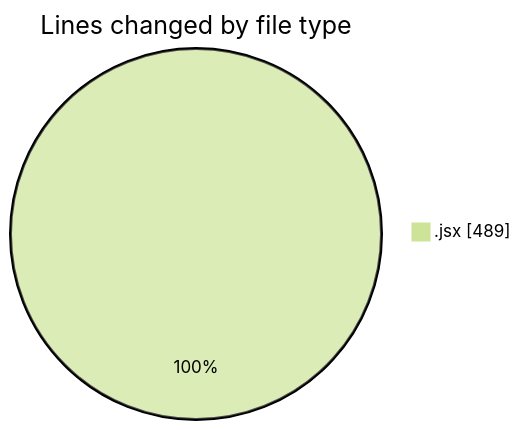
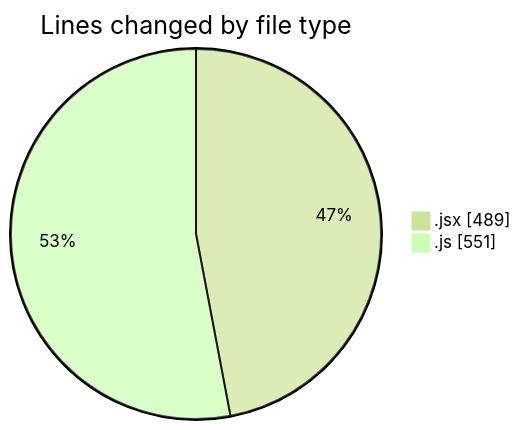
The first of 2 diagrams in 2025-07-25/nxtqube_webapp/README.md (nxtqubesakshisongat/code-tracking), drawn with Mermaid (forest theme) before and after one commit. The commit also changed other lines of this file and 1 other file, not shown here.

````diff
--- a/2025-07-25/nxtqube_webapp/README.md
+++ b/2025-07-25/nxtqube_webapp/README.md
@@ -20,5 +21,6 @@
 ```mermaid
 pie showData
 title Lines changed by file type
 ".jsx" : 489
+".js" : 551
 ```
````
